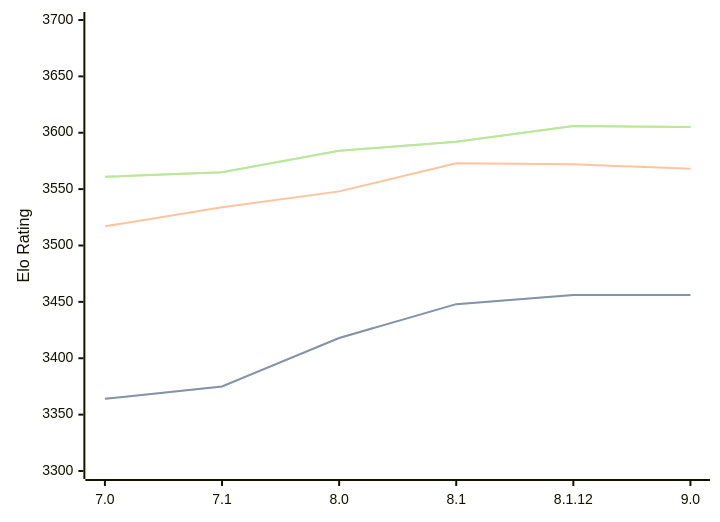
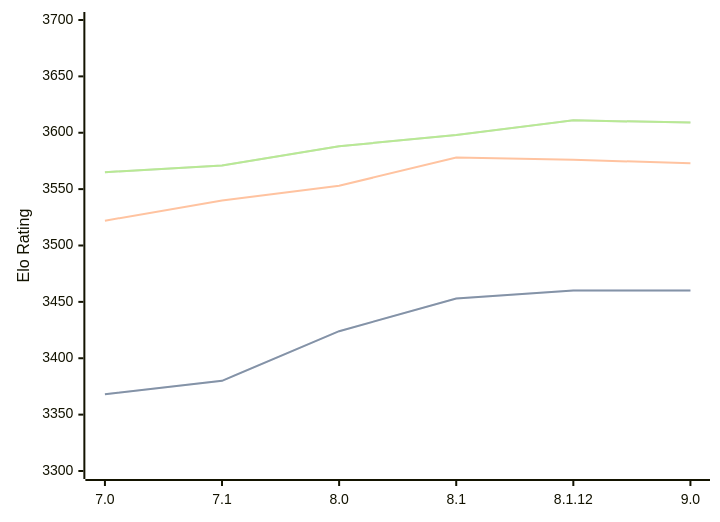
The diagram in engines/Alexandria.md (computer-chess-index/cci), drawn with Mermaid before and after one commit. The commit also changed other lines of this file, not shown here.

Commit message:
Update CCI Ratings (ELO VLTC) - 2026-04-14

````diff
--- a/engines/Alexandria.md
+++ b/engines/Alexandria.md
@@ -55,11 +55,11 @@
 ```mermaid
 %%{init: {"theme":"base","themeVariables":{"seriesColors:['#a3a3a3','#222221','#faa371']}}}%%
 xychart-beta
   x-axis ["7.0", "7.1", "8.0", "8.1", "8.1.12", "9.0"]
   y-axis "Elo Rating" 3300 --> 3700
-  line "STC (8.0+0.08s)" [3364, 3375, 3418, 3448, 3456, 3456]
-  line "STC (8.0+0.08s)" [3364, 3375, 3418, 3448, 3456, 3456]
-  line "LTC (60.0+0.60s)" [3517, 3534, 3548, 3573, 3572, 3568]
-  line "VLTC (2m24s+1.12s)" [3561, 3565, 3584, 3592, 3606, 3605]
-  line "VLTC (2m24s+1.12s)" [3561, 3565, 3584, 3592, 3606, 3605]
+  line "STC (8.0+0.08s)" [3368, 3380, 3424, 3453, 3460, 3460]
+  line "STC (8.0+0.08s)" [3368, 3380, 3424, 3453, 3460, 3460]
+  line "LTC (60.0+0.60s)" [3522, 3540, 3553, 3578, 3576, 3573]
+  line "VLTC (2m24s+1.12s)" [3565, 3571, 3588, 3598, 3611, 3609]
+  line "VLTC (2m24s+1.12s)" [3565, 3571, 3588, 3598, 3611, 3609]
 ```
````
